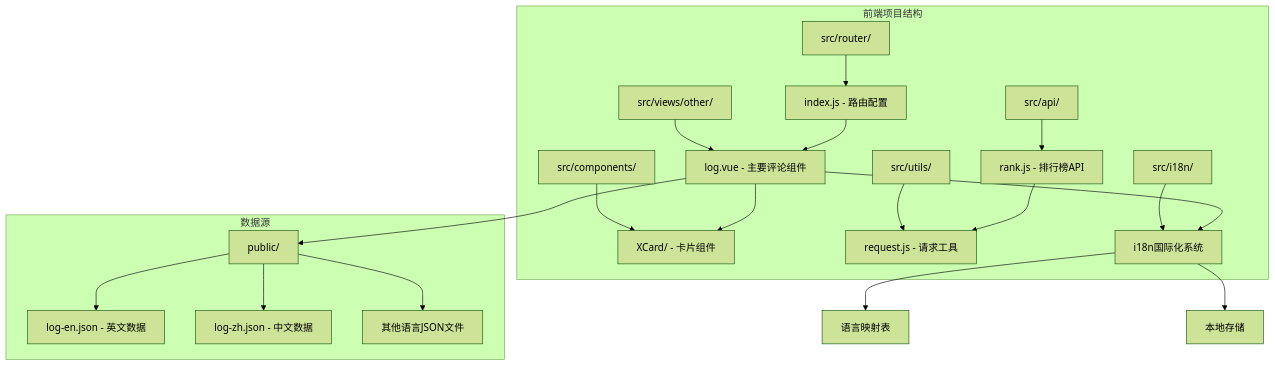
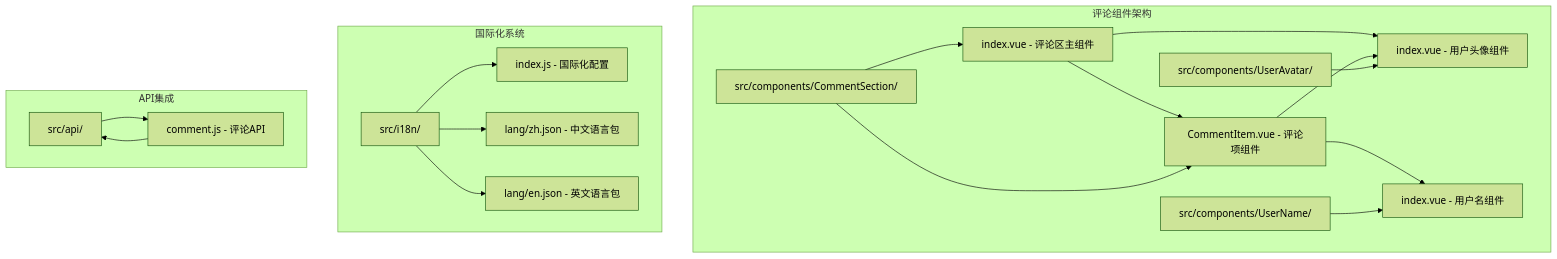
One commit to TinyMaD/SpeedRunnersLab changed the first of 5 diagrams in .qoder/repowiki/zh/content/前端应用/组件架构/业务组件/前端评论组件.md. Above: the diagram before and after it, drawn with Mermaid (forest theme). The commit also changed other lines of this file and 9 other files, not shown here.

````diff
--- a/.qoder/repowiki/zh/content/前端应用/组件架构/业务组件/前端评论组件.md
+++ b/.qoder/repowiki/zh/content/前端应用/组件架构/业务组件/前端评论组件.md
@@ -57,23 +51,22 @@
 ```mermaid
 graph TB
-subgraph "前端项目结构"
-A[src/views/other/] --> B[log.vue - 主要评论组件]
-C[src/components/] --> D[XCard/ - 卡片组件]
-E[src/api/] --> F[rank.js - 排行榜API]
-G[src/utils/] --> H[request.js - 请求工具]
-I[src/router/] --> J[index.js - 路由配置]
-K[src/i18n/] --> L[i18n国际化系统]
+subgraph "评论组件架构"
+A[src/components/CommentSection/] --> B[CommentItem.vue - 评论项组件]
+A --> C[index.vue - 评论区主组件]
+D[src/components/UserAvatar/] --> E[index.vue - 用户头像组件]
+F[src/components/UserName/] --> G[index.vue - 用户名组件]
 end
-subgraph "数据源"
-M[public/] --> N[log-en.json - 英文数据]
-M --> O[log-zh.json - 中文数据]
-M --> P[其他语言JSON文件]
+subgraph "国际化系统"
+H[src/i18n/] --> I[index.js - 国际化配置]
+H --> J[lang/zh.json - 中文语言包]
+H --> K[lang/en.json - 英文语言包]
 end
-B --> D
-B --> M
-B --> L
-F --> H
-J --> B
-L --> Q[语言映射表]
-L --> R[本地存储]
+subgraph "API集成"
+L[src/api/] --> M[comment.js - 评论API]
+end
+B --> E
+B --> G
+C --> E
+C --> B
+M --> L
 ```
````
